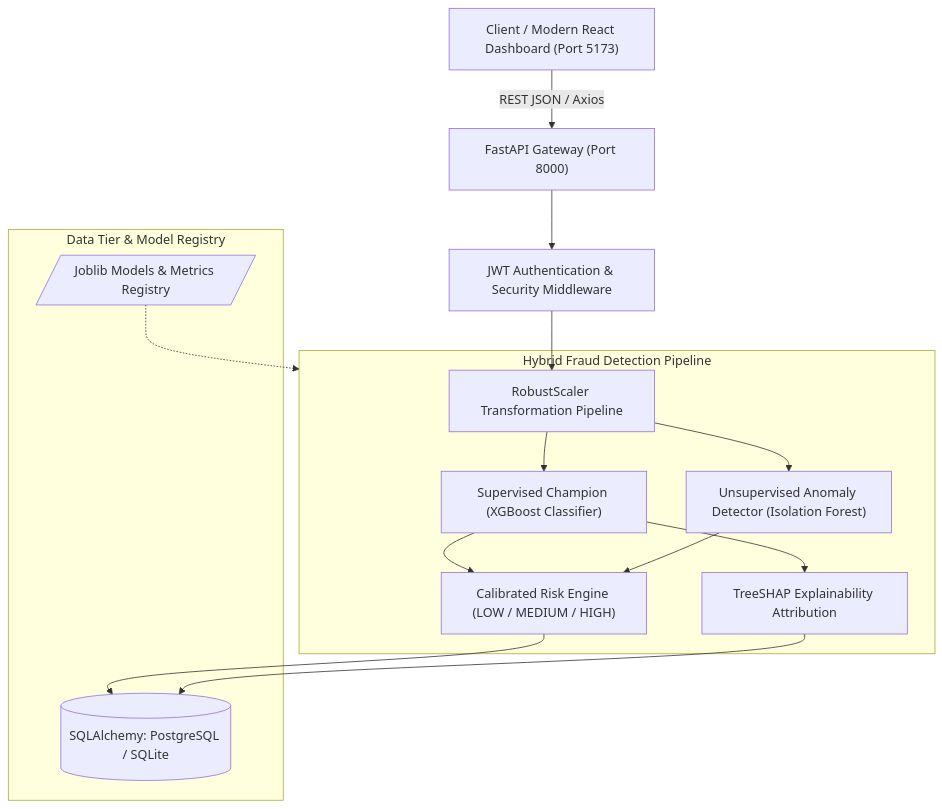
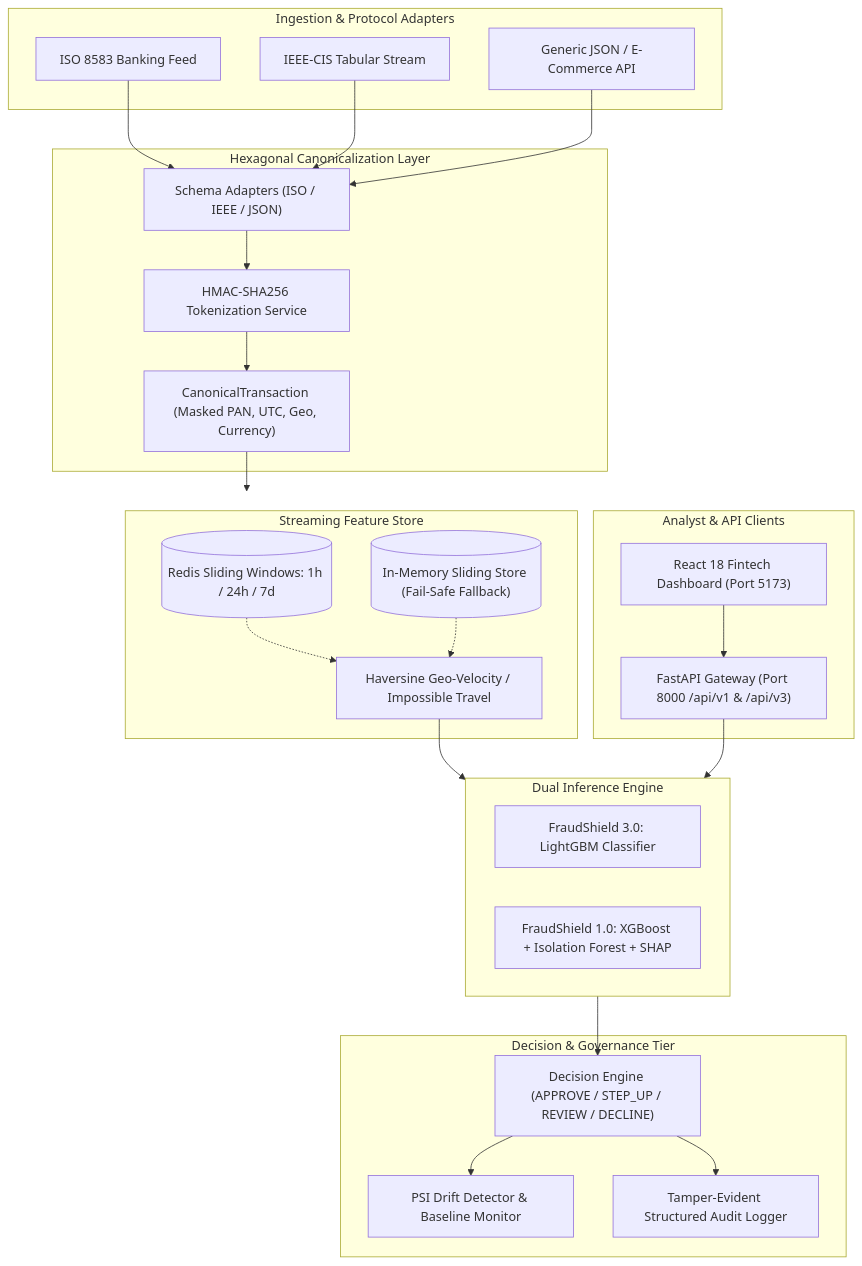
One commit to shaikabdulmalik1528-maker/FraudShield-AI changed the diagram in README.md. Above: the diagram before and after it, drawn with Mermaid. The commit also changed other lines of this file and 22 other files, not shown here.

Commit message:
feat: publish FraudShield AI 3.0 project

````diff
--- a/README.md
+++ b/README.md
@@ -40,31 +73,53 @@
 ```mermaid
 flowchart TD
-    Client["Client / Modern React Dashboard (Port 5173)"]
-    FastAPI["FastAPI Gateway (Port 8000)"]
-    Auth["JWT Authentication & Security Middleware"]
-    
-    subgraph Engine["Hybrid Fraud Detection Pipeline"]
-        Preprocessor["RobustScaler Transformation Pipeline"]
-        XGB["Supervised Champion (XGBoost Classifier)"]
-        IForest["Unsupervised Anomaly Detector (Isolation Forest)"]
-        RiskAggregator["Calibrated Risk Engine (LOW / MEDIUM / HIGH)"]
-        SHAP["TreeSHAP Explainability Attribution"]
-    end
-    
-    subgraph Storage["Data Tier & Model Registry"]
-        Database[("SQLAlchemy: PostgreSQL / SQLite")]
-        Artifacts[/"Joblib Models & Metrics Registry"/]
+    subgraph Ingestion["Ingestion & Protocol Adapters"]
+        ISO["ISO 8583 Banking Feed"]
+        IEEE["IEEE-CIS Tabular Stream"]
+        JSON["Generic JSON / E-Commerce API"]
     end
 
-    Client -->|REST JSON / Axios| FastAPI
-    FastAPI --> Auth
-    Auth --> Preprocessor
-    Preprocessor --> XGB
-    Preprocessor --> IForest
-    XGB --> RiskAggregator
-    IForest --> RiskAggregator
-    XGB --> SHAP
-    RiskAggregator --> Database
-    SHAP --> Database
-    Artifacts -.-> Engine
+    subgraph Hexagonal["Hexagonal Canonicalization Layer"]
+        Adapters["Schema Adapters (ISO / IEEE / JSON)"]
+        TokenService["HMAC-SHA256 Tokenization Service"]
+        Canonical["CanonicalTransaction (Masked PAN, UTC, Geo, Currency)"]
+    end
+
+    subgraph FeatureStore["Streaming Feature Store"]
+        Redis[("Redis Sliding Windows: 1h / 24h / 7d")]
+        InMemory[("In-Memory Sliding Store (Fail-Safe Fallback)")]
+        GeoEngine["Haversine Geo-Velocity / Impossible Travel"]
+    end
+
+    subgraph DualEngine["Dual Inference Engine"]
+        EngineV3["FraudShield 3.0: LightGBM Classifier"]
+        EngineV1["FraudShield 1.0: XGBoost + Isolation Forest + SHAP"]
+    end
+
+    subgraph DecisionLayer["Decision & Governance Tier"]
+        PolicyEngine["Decision Engine (APPROVE / STEP_UP / REVIEW / DECLINE)"]
+        DriftDetector["PSI Drift Detector & Baseline Monitor"]
+        AuditLogger["Tamper-Evident Structured Audit Logger"]
+    end
+
+    subgraph Clients["Analyst & API Clients"]
+        Dashboard["React 18 Fintech Dashboard (Port 5173)"]
+        Gateway["FastAPI Gateway (Port 8000 /api/v1 & /api/v3)"]
+    end
+
+    ISO --> Adapters
+    IEEE --> Adapters
+    JSON --> Adapters
+    Adapters --> TokenService
+    TokenService --> Canonical
+
+    Canonical --> FeatureStore
+    Redis -.-> GeoEngine
+    InMemory -.-> GeoEngine
+    GeoEngine --> DualEngine
+
+    DualEngine --> PolicyEngine
+    PolicyEngine --> DriftDetector
+    PolicyEngine --> AuditLogger
+    Gateway --> DualEngine
+    Dashboard --> Gateway
 ```
````
